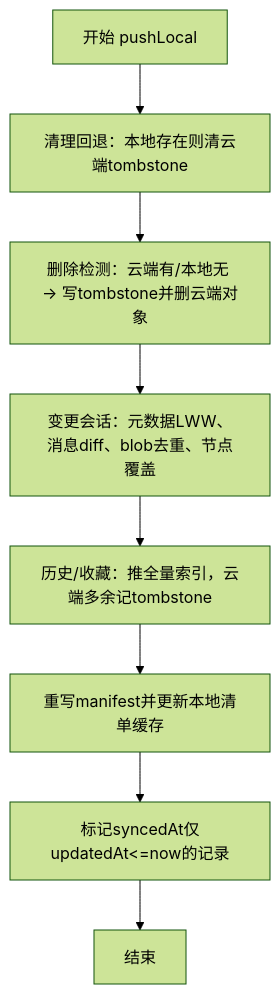
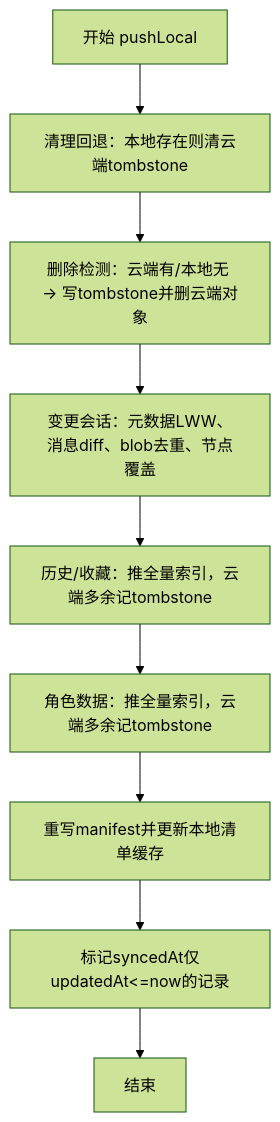
One commit to billye220670/AIShop changed the fourth of 5 diagrams in .qoder/repowiki/zh/content/数据持久化/BYOC云同步系统.md. Above: the diagram before and after it, drawn with Mermaid (forest theme). The commit also changed other lines of this file and 32 other files, not shown here.

````diff
--- a/.qoder/repowiki/zh/content/数据持久化/BYOC云同步系统.md
+++ b/.qoder/repowiki/zh/content/数据持久化/BYOC云同步系统.md
@@ -161,10 +181,11 @@
 ```mermaid
 flowchart TD
 A["开始 pushLocal"] --> D0["清理回退：本地存在则清云端tombstone"]
 D0 --> D1["删除检测：云端有/本地无 → 写tombstone并删云端对象"]
 D1 --> C1["变更会话：元数据LWW、消息diff、blob去重、节点覆盖"]
 C1 --> H1["历史/收藏：推全量索引，云端多余记tombstone"]
-H1 --> M1["重写manifest并更新本地清单缓存"]
+H1 --> R1["角色数据：推全量索引，云端多余记tombstone"]
+R1 --> M1["重写manifest并更新本地清单缓存"]
 M1 --> S1["标记syncedAt仅updatedAt<=now的记录"]
 S1 --> Z["结束"]
 ```
````
